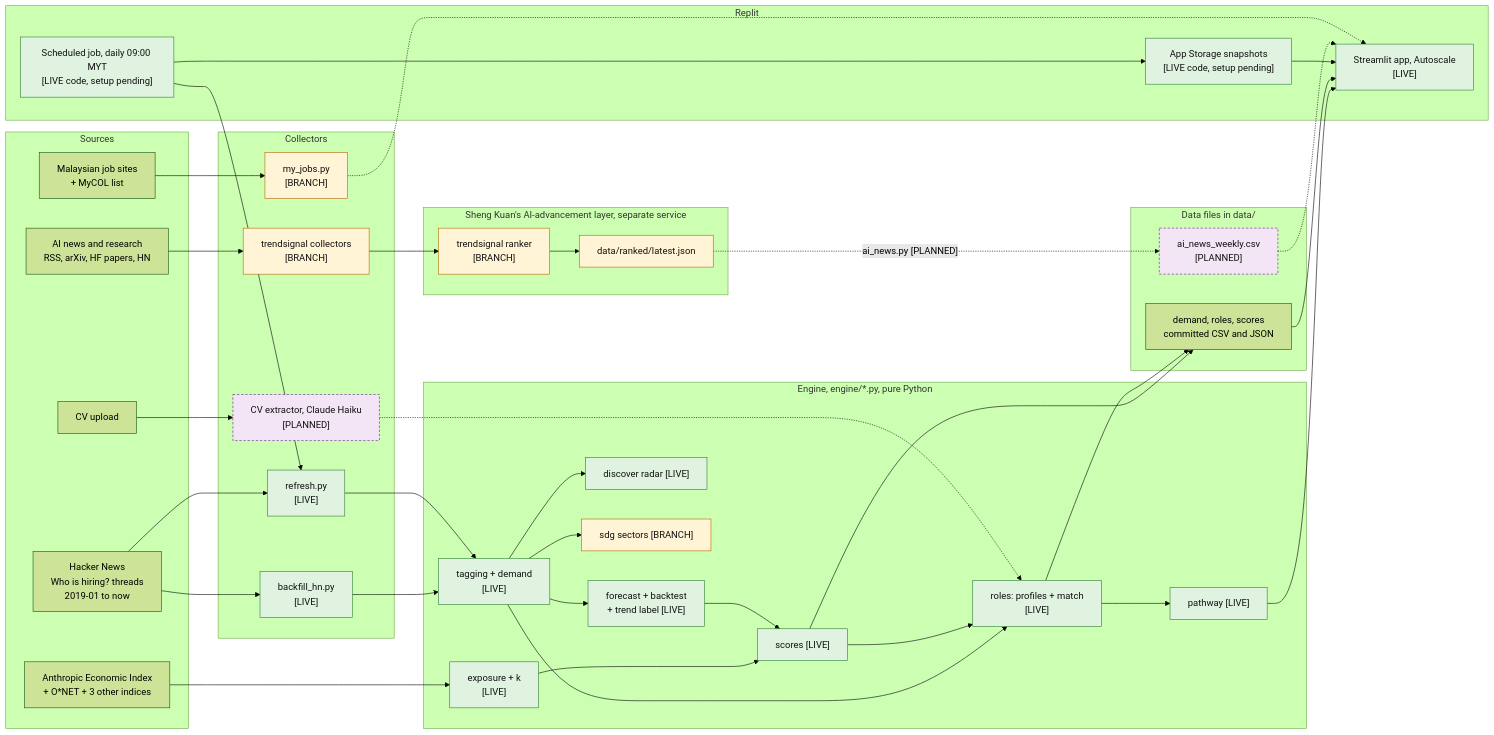
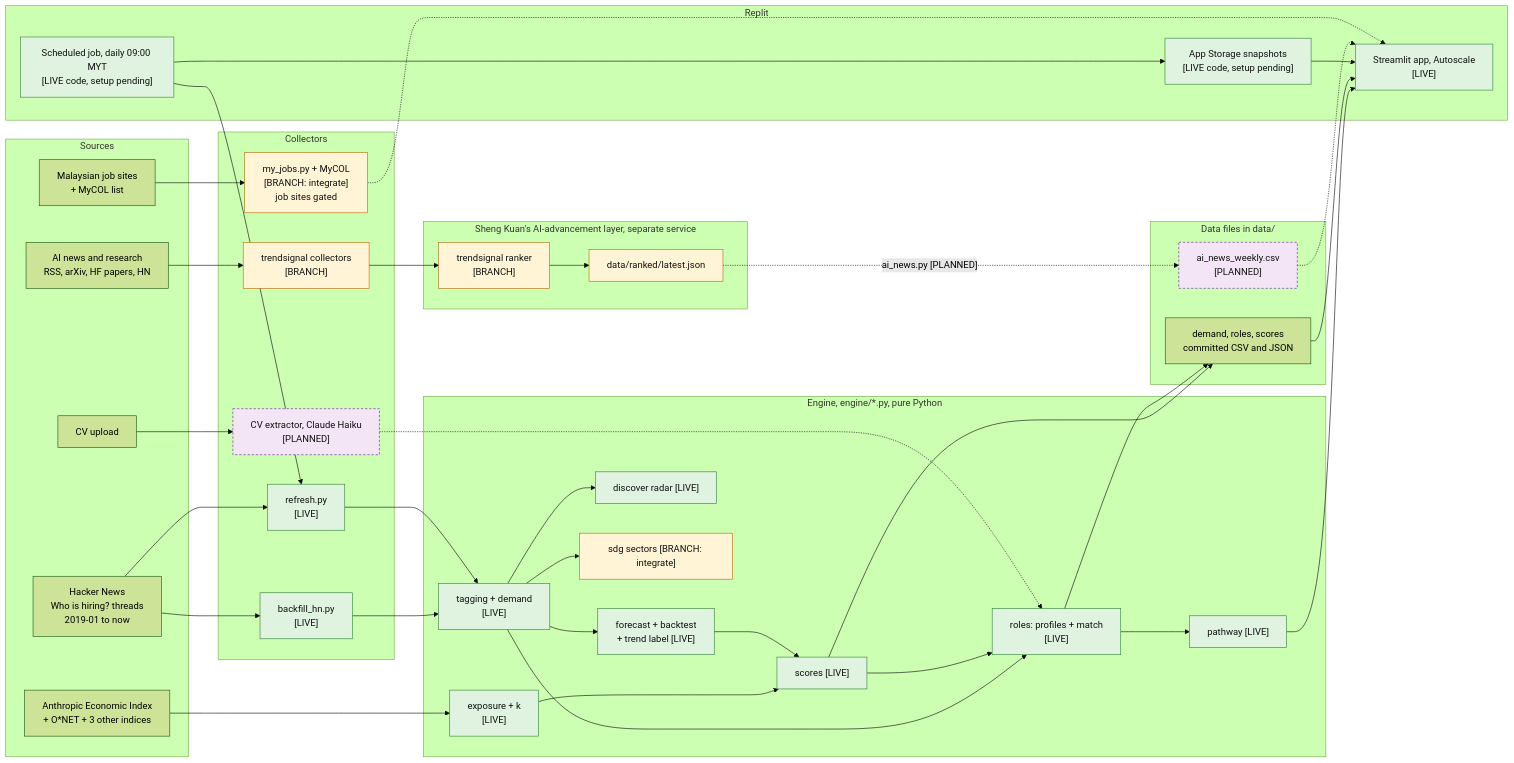
One commit to TayEeZhan/varity changed the first of 9 diagrams in docs/architecture.md. Above: the diagram before and after it, drawn with Mermaid (forest theme). The commit also changed other lines of this file and 2 other files, not shown here.

First line of the commit message:
Wire SDG goal, MyCOL badges and role forecast into the journey

````diff
--- a/docs/architecture.md
+++ b/docs/architecture.md
@@ -37,76 +38,76 @@
 ```mermaid
 flowchart LR
     subgraph SRC["Sources"]
         HN["Hacker News<br/>Who is hiring? threads<br/>2019-01 to now"]
         AEI["Anthropic Economic Index<br/>+ O*NET + 3 other indices"]
         NEWS["AI news and research<br/>RSS, arXiv, HF papers, HN"]
         MYS["Malaysian job sites<br/>+ MyCOL list"]
         CV["CV upload"]
     end
 
     subgraph COL["Collectors"]
         BF["backfill_hn.py<br/>[LIVE]"]
         RF["refresh.py<br/>[LIVE]"]
         TS["trendsignal collectors<br/>[BRANCH]"]
-        MJ["my_jobs.py<br/>[BRANCH]"]
+        MJ["my_jobs.py + MyCOL<br/>[BRANCH: integrate]<br/>job sites gated"]
         CVX["CV extractor, Claude Haiku<br/>[PLANNED]"]
     end
 
     subgraph ENG["Engine, engine/*.py, pure Python"]
         TAG["tagging + demand<br/>[LIVE]"]
         EXP["exposure + k<br/>[LIVE]"]
         FC["forecast + backtest<br/>+ trend label [LIVE]"]
         SC["scores [LIVE]"]
         RM["roles: profiles + match<br/>[LIVE]"]
         PW["pathway [LIVE]"]
         DS["discover radar [LIVE]"]
-        SDG["sdg sectors [BRANCH]"]
+        SDG["sdg sectors [BRANCH: integrate]"]
     end
 
     subgraph FILES["Data files in data/"]
         D1["demand, roles, scores<br/>committed CSV and JSON"]
         D2["ai_news_weekly.csv<br/>[PLANNED]"]
     end
 
     subgraph REPLIT["Replit"]
         APP["Streamlit app, Autoscale<br/>[LIVE]"]
         ST["App Storage snapshots<br/>[LIVE code, setup pending]"]
         JOB["Scheduled job, daily 09:00 MYT<br/>[LIVE code, setup pending]"]
     end
 
     subgraph AIL["Sheng Kuan's AI-advancement layer, separate service"]
         RK["trendsignal ranker<br/>[BRANCH]"]
         RJ["data/ranked/latest.json"]
     end
 
     HN --> BF --> TAG
     HN --> RF --> TAG
     AEI --> EXP
     TAG --> FC
     EXP --> SC
     FC --> SC
     TAG --> RM
     SC --> RM
     RM --> PW
     TAG --> DS
     TAG --> SDG
     SC --> D1
     RM --> D1
     PW --> APP
     D1 --> APP
     JOB --> RF
     JOB --> ST
     ST --> APP
     NEWS --> TS --> RK --> RJ
     RJ -. "ai_news.py [PLANNED]" .-> D2
     D2 -.-> APP
     MYS --> MJ -.-> APP
     CV --> CVX -.-> RM
 
     classDef live fill:#dff3e0,stroke:#2e7d32,color:#111
     classDef branch fill:#fff4d6,stroke:#b26a00,color:#111
     classDef planned fill:#f3e5f5,stroke:#6a1b9a,stroke-dasharray: 4 3,color:#111
     class BF,RF,TAG,EXP,FC,SC,RM,PW,DS,APP,ST,JOB live
     class TS,MJ,SDG,RK,RJ branch
     class CVX,D2 planned
 ```
````
